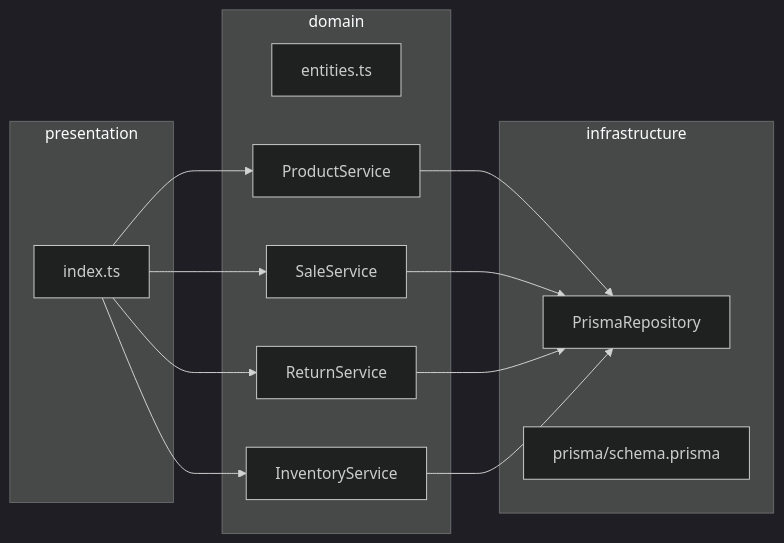
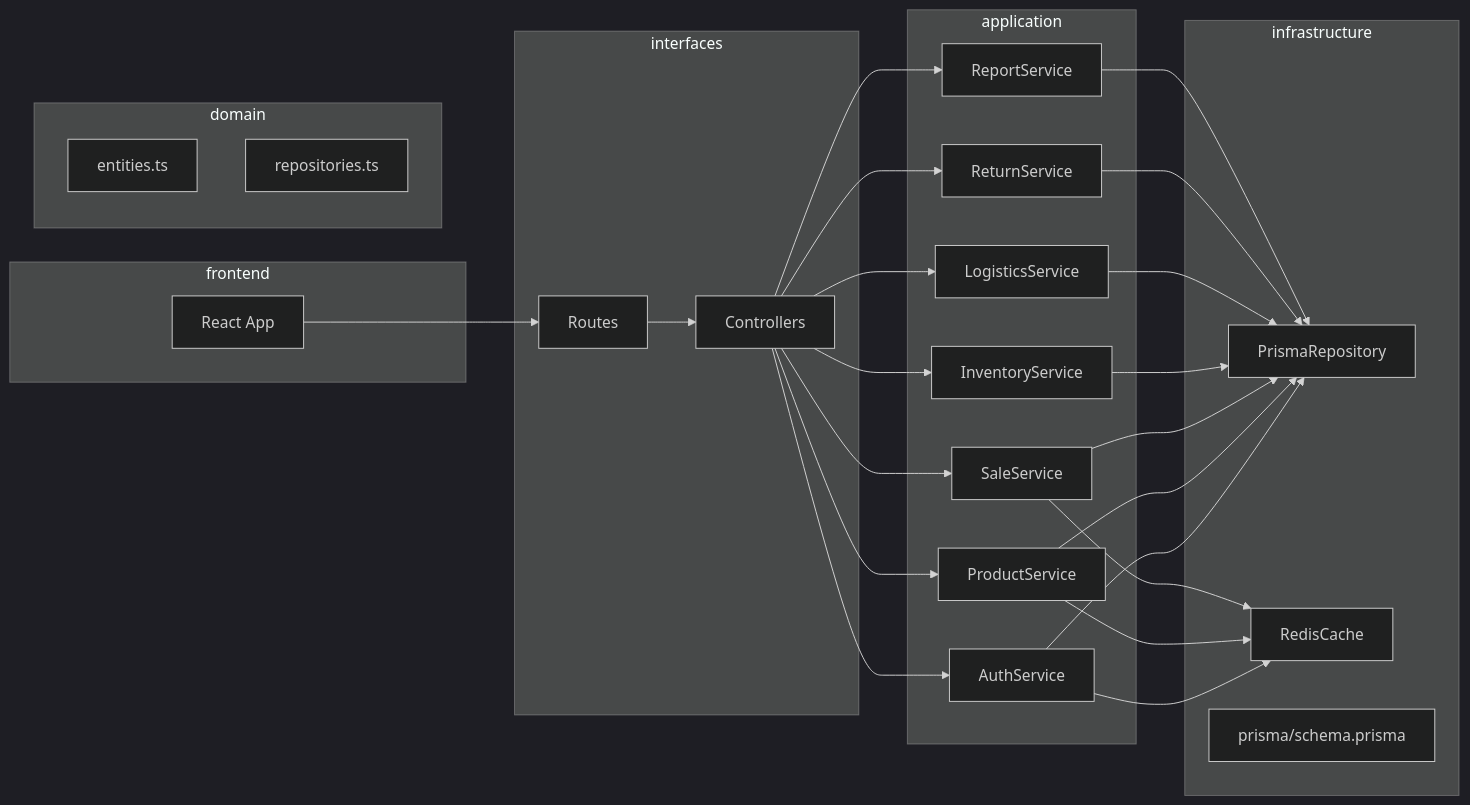
One commit to MarcoBisson/LOG430-Lab0 changed the diagram in docs/UML/implementation-view.md. Above: the diagram before and after it, drawn with Mermaid (dark theme). The commit also changed 6 other files, not shown here.

Commit message:
Config Grafana + Diagrammes étape 2

````diff
--- a/docs/UML/implementation-view.md
+++ b/docs/UML/implementation-view.md
@@ -1,26 +1,48 @@
 ```mermaid
 flowchart LR
-    subgraph presentation
-      index.ts
+    subgraph frontend
+      ReactApp[React App]
+    end
+    subgraph interfaces
+      Controllers[Controllers]
+      Routes[Routes]
+    end
+    subgraph application
+      AuthService
+      ProductService
+      SaleService
+      InventoryService
+      LogisticsService
+      ReturnService
+      ReportService
     end
     subgraph domain
       entities.ts
-      SaleService
-      ReturnService
-      InventoryService
-      ProductService
+      repositories.ts
     end
     subgraph infrastructure
       PrismaRepository
+      RedisCache
       prisma/schema.prisma
     end
 
-    index.ts --> ProductService
-    index.ts --> SaleService
-    index.ts --> ReturnService
-    index.ts --> InventoryService
+    ReactApp --> Routes
+    Routes --> Controllers
+    Controllers --> AuthService
+    Controllers --> ProductService
+    Controllers --> SaleService
+    Controllers --> InventoryService
+    Controllers --> LogisticsService
+    Controllers --> ReturnService
+    Controllers --> ReportService
+    AuthService --> PrismaRepository
     ProductService --> PrismaRepository
     SaleService --> PrismaRepository
+    InventoryService --> PrismaRepository
+    LogisticsService --> PrismaRepository
     ReturnService --> PrismaRepository
-    InventoryService --> PrismaRepository
+    ReportService --> PrismaRepository
+    AuthService --> RedisCache
+    ProductService --> RedisCache
+    SaleService --> RedisCache
 ```
````
